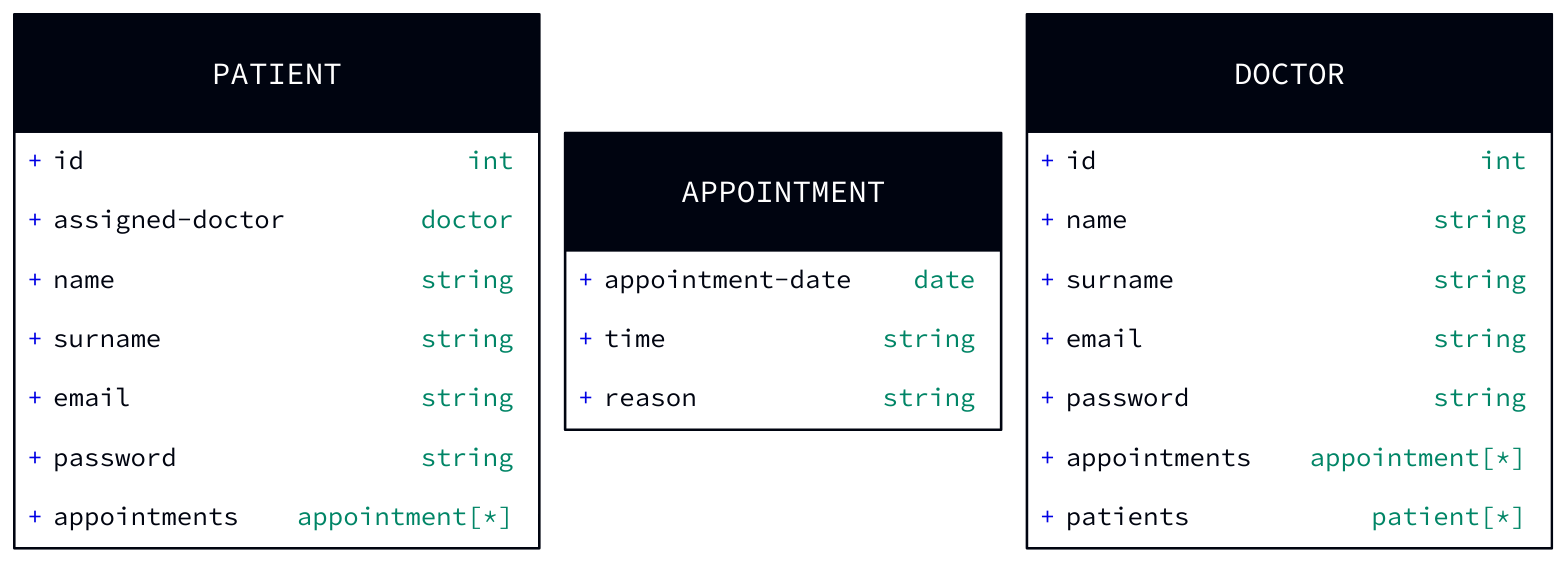
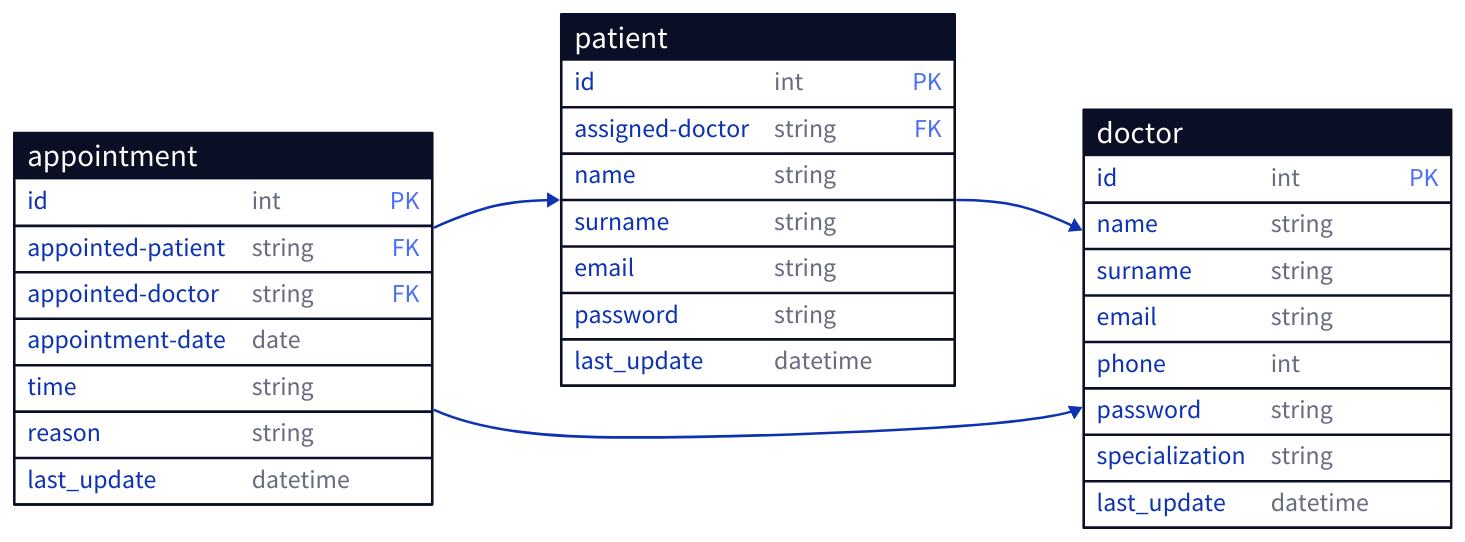
The diagram in docs/db-uml.d2 (Code-Nam/m1-medecin), drawn with D2 before and after one commit. The commit also changed 4 other files, not shown here.

Commit message:
docs: add endpoint interactions for patient, appointment and doctor along with db uml

```diff
--- a/docs/db-uml.d2
+++ b/docs/db-uml.d2
@@ -1,42 +1,42 @@
-vars: {
-
-  d2-config: {
-    layout-engine: elk
-    
-    # Terminal theme code
-    theme-id: 300
-  }
-
-}
+direction: right
 
 patient {
-  shape: class
+  shape: sql_table
 
-  id: int
-  assigned-doctor: doctor
+  id: int {constraint: primary_key}
+  assigned-doctor: string {constraint: foreign_key}
   name: string
   surname: string
   email: string
   password: string
-  appointments: 'appointment[*]'
+  last_update: datetime
 }
 
 appointment {
-  shape: class
+  shape: sql_table
 
+  id: int {constraint: primary_key}
+  appointed-patient: string {constraint: foreign_key}
+  appointed-doctor: string {constraint: foreign_key}
   appointment-date: date
   time: string
   reason: string
+  last_update: datetime
 }
 
 doctor {
-  shape: class
+  shape: sql_table
 
-  id: int
+  id: int {constraint: primary_key}
   name: string
   surname: string
   email: string
+  phone: int
   password: string
-  appointments:'appointment[*]'
-  patients: 'patient[*]'
+  specialization: string
+  last_update: datetime
 }
+
+patient.assigned-doctor --> doctor.id
+appointment.appointed-patient --> patient.id
+appointment.appointed-doctor --> doctor.id
```
